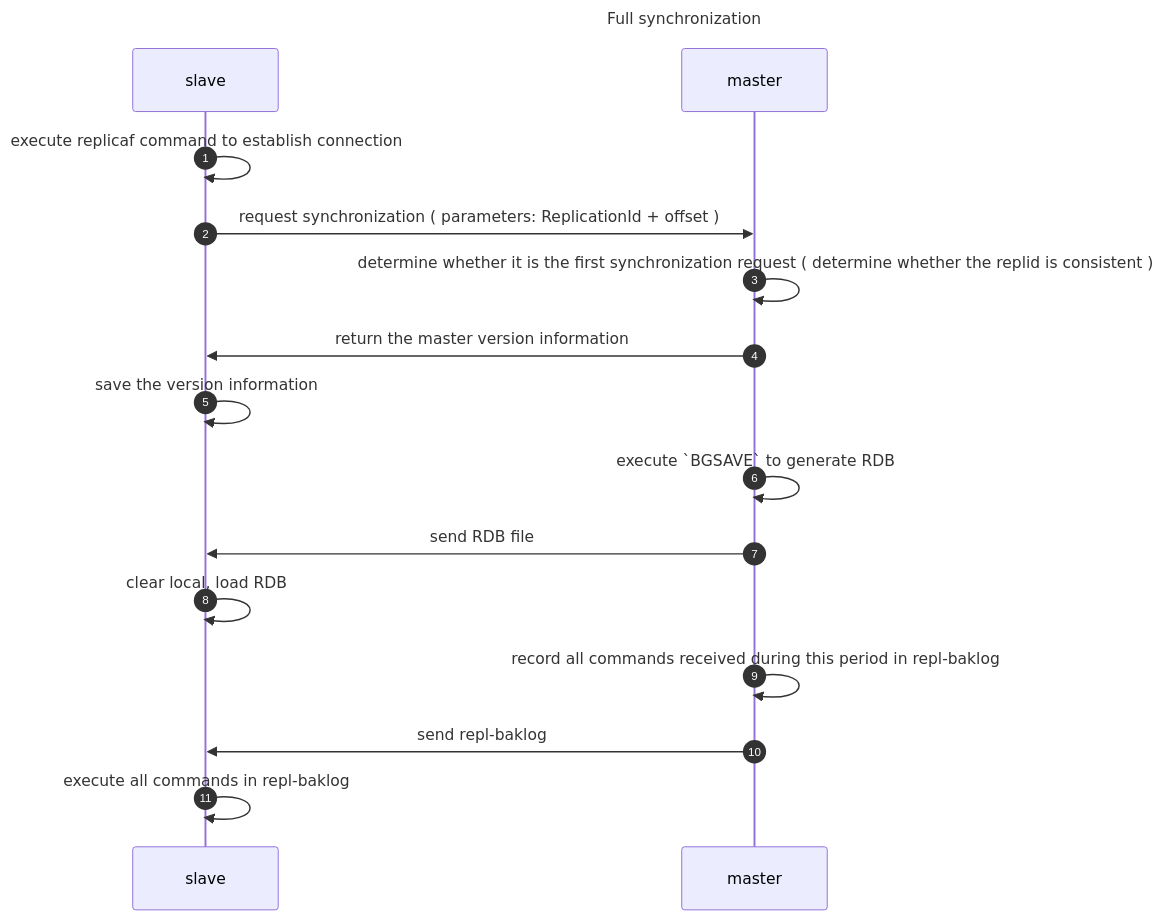
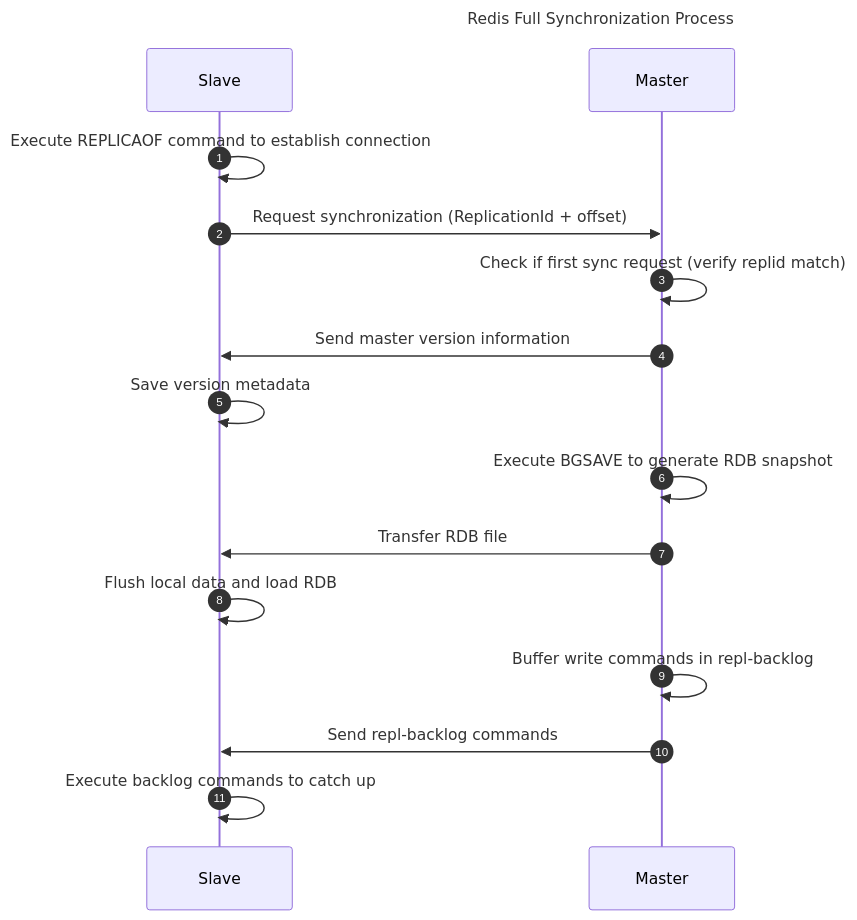
Before and after one commit to dingyuqi/keep-it-simple-site: the first of 2 diagrams in docs/en/1. Database/2025-01-22-Redis.md, drawn with Mermaid. The commit also changed other lines of this file and 7 other files, not shown here.

Commit message:
fix(docs): mermaid grammar

````diff
--- a/docs/en/1. Database/2025-01-22-Redis.md
+++ b/docs/en/1. Database/2025-01-22-Redis.md
@@ -121,20 +121,23 @@
 ``` mermaid
 ---
-title: Full synchronization
+title: Redis Full Synchronization Process
 ---
 sequenceDiagram
     autonumber
-    slave->>slave: execute replicaf command to establish connection
-    slave->>master: request synchronization ( parameters: ReplicationId + offset )
-    master->>master: determine whether it is the first synchronization request ( determine whether the replid is consistent )
-    master->>slave: return the master version information
-    slave->>slave: save the version information
-    master->>master: execute `BGSAVE` to generate RDB
+    participant Slave
+    participant Master
 
-    master->>slave: send RDB file
-    slave->>slave: clear local, load RDB
-    master->>master: record all commands received during this period in repl-baklog
+    Slave->>Slave: Execute REPLICAOF command to establish connection
+    Slave->>Master: Request synchronization (ReplicationId + offset)
+    Master->>Master: Check if first sync request (verify replid match)
+    Master->>Slave: Send master version information
+    Slave->>Slave: Save version metadata
+    Master->>Master: Execute BGSAVE to generate RDB snapshot
 
-    master->>slave: send repl-baklog
-    slave->>slave: execute all commands in repl-baklog
+    Master->>Slave: Transfer RDB file
+    Slave->>Slave: Flush local data and load RDB
+    Master->>Master: Buffer write commands in repl-backlog
+
+    Master->>Slave: Send repl-backlog commands
+    Slave->>Slave: Execute backlog commands to catch up
 ```
````
